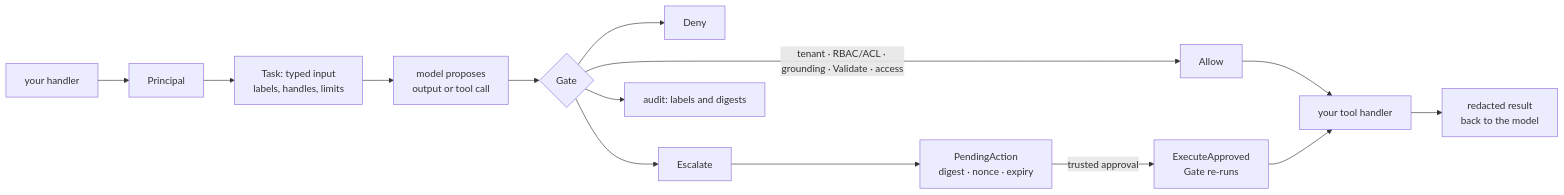
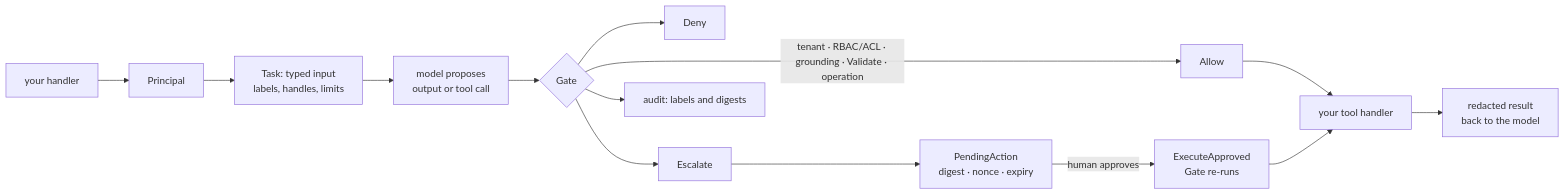
The diagram in README.md (KirillYuzh/Gobellim), drawn with Mermaid before and after one commit. The commit also changed other lines of this file and 31 other files, not shown here.

First line of the commit message:
feat!: bound targets to a tenant, sign suspensions, rename Access

````diff
--- a/README.md
+++ b/README.md
@@ -77,16 +91,16 @@
 ```mermaid
 flowchart LR
     H["your handler"] --> P["Principal"]
     P --> T["Task: typed input<br/>labels, handles, limits"]
     T --> M["model proposes<br/>output or tool call"]
     M --> G{"Gate"}
-    G -->|"tenant · RBAC/ACL · grounding · Validate · access"| A["Allow"]
+    G -->|"tenant · RBAC/ACL · grounding · Validate · operation"| A["Allow"]
     G --> D["Deny"]
     G --> E["Escalate"]
     A --> X["your tool handler"]
     X --> R["redacted result<br/>back to the model"]
     E --> C["PendingAction<br/>digest · nonce · expiry"]
-    C -->|"trusted approval"| EA["ExecuteApproved<br/>Gate re-runs"]
+    C -->|"human approves"| EA["ExecuteApproved<br/>Gate re-runs"]
     EA --> X
     G --> AU["audit: labels and digests"]
 ```
````
